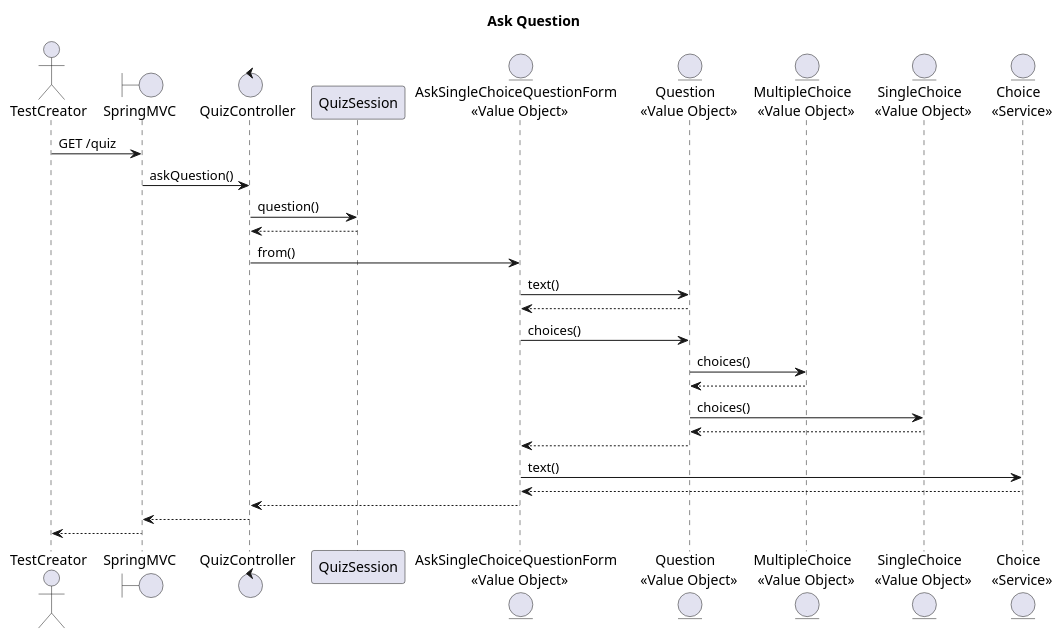
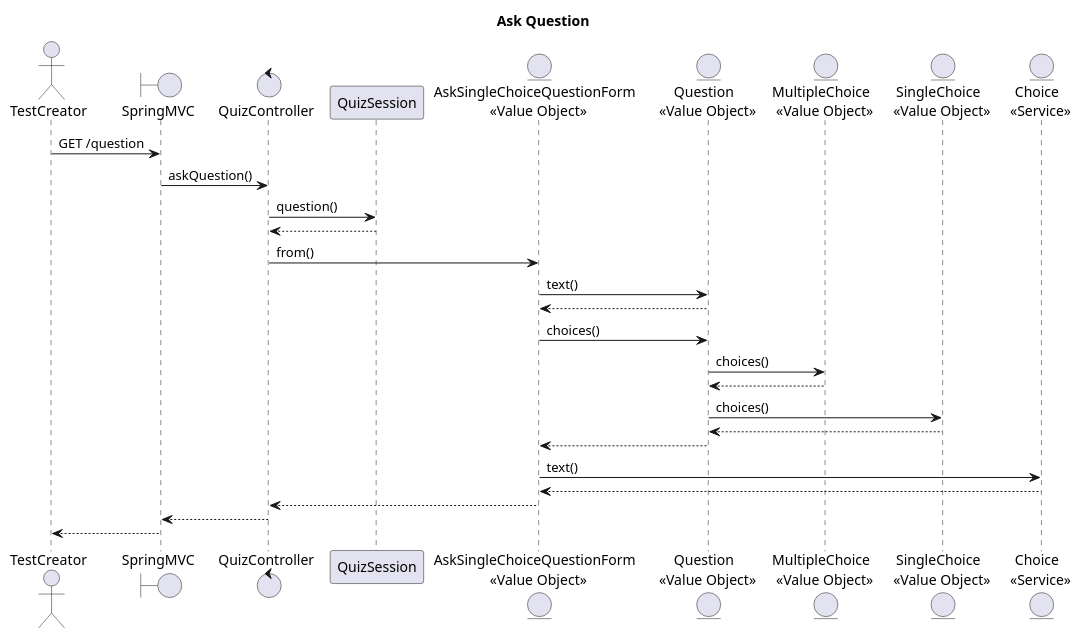
The diagram in src/main/resources/diagrams/askQuestion-sequenceDiagram.puml (TomSpencerLondon/Quiz), drawn with PlantUML before and after one commit. The commit also changed 19 other files, not shown here.

Commit message:
Rename /quiz to /question for submitting question

```diff
--- a/src/main/resources/diagrams/askQuestion-sequenceDiagram.puml
+++ b/src/main/resources/diagrams/askQuestion-sequenceDiagram.puml
@@ -1,32 +1,32 @@
 @startuml
 title Ask Question
 
 actor       TestCreator as taker
 boundary    SpringMVC   as mvc
 control     QuizController  as ctrl
 participant QuizSession as session
 entity "AskSingleChoiceQuestionForm \n <<Value Object>>" as form
 entity "Question \n <<Value Object>>" as question
 entity "MultipleChoice \n <<Value Object>>" as multiple
 entity "SingleChoice \n <<Value Object>>" as single
 entity "Choice \n <<Service>>" as choice
 
-taker -> mvc : GET /quiz
+taker -> mvc : GET /question
 mvc -> ctrl : askQuestion()
 ctrl -> session : question()
 ctrl <-- session
 ctrl -> form : from()
 form -> question : text()
 form <-- question
 form -> question : choices()
 question -> multiple : choices()
 question <-- multiple
 question -> single : choices()
 question <-- single
 form <-- question
 form -> choice : text()
 form <-- choice
 ctrl <-- form
 mvc <-- ctrl
 taker <-- mvc
 @enduml
```
